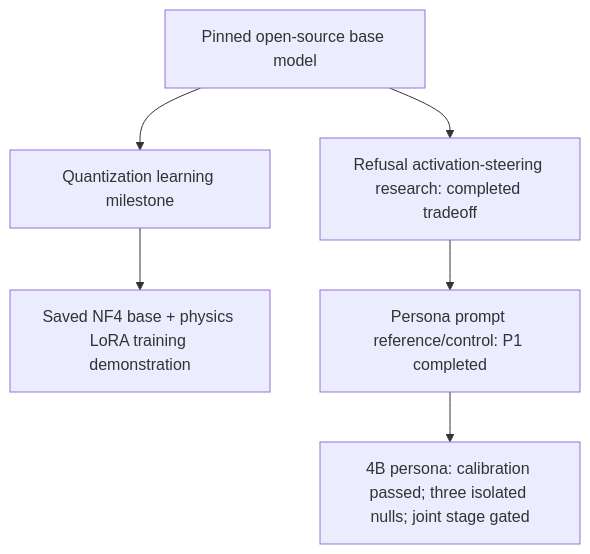
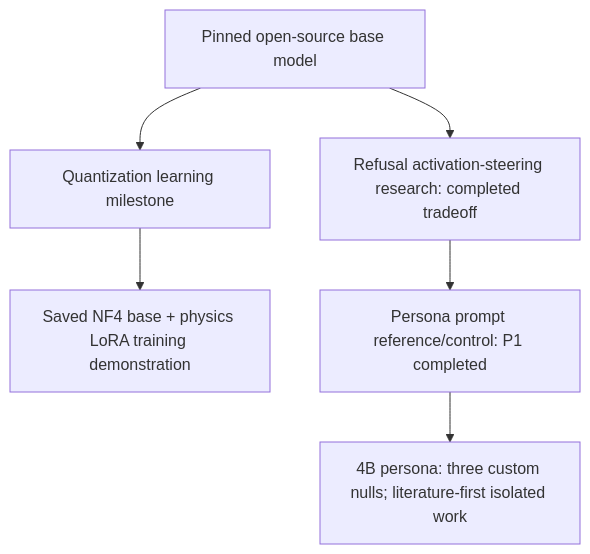
Before and after one commit to RenormalizationTech/tuneLLM: the diagram in docs/project_tracks.md, drawn with Mermaid. The commit also changed other lines of this file and 20 other files, not shown here.

Commit message:
Register literature-first isolated persona steering and PV rudeness study

````diff
--- a/docs/project_tracks.md
+++ b/docs/project_tracks.md
@@ -42,8 +44,8 @@
 ```mermaid
 flowchart TD
     Base["Pinned open-source base model"] --> Quant["Quantization learning milestone"]
     Quant --> Physics["Saved NF4 base + physics LoRA training demonstration"]
     Base --> Refusal["Refusal activation-steering research: completed tradeoff"]
     Refusal --> Prompt["Persona prompt reference/control: P1 completed"]
-    Prompt --> Persona["4B persona: calibration passed; three isolated nulls; joint stage gated"]
+    Prompt --> Persona["4B persona: three custom nulls; literature-first isolated work"]
 ```
````
